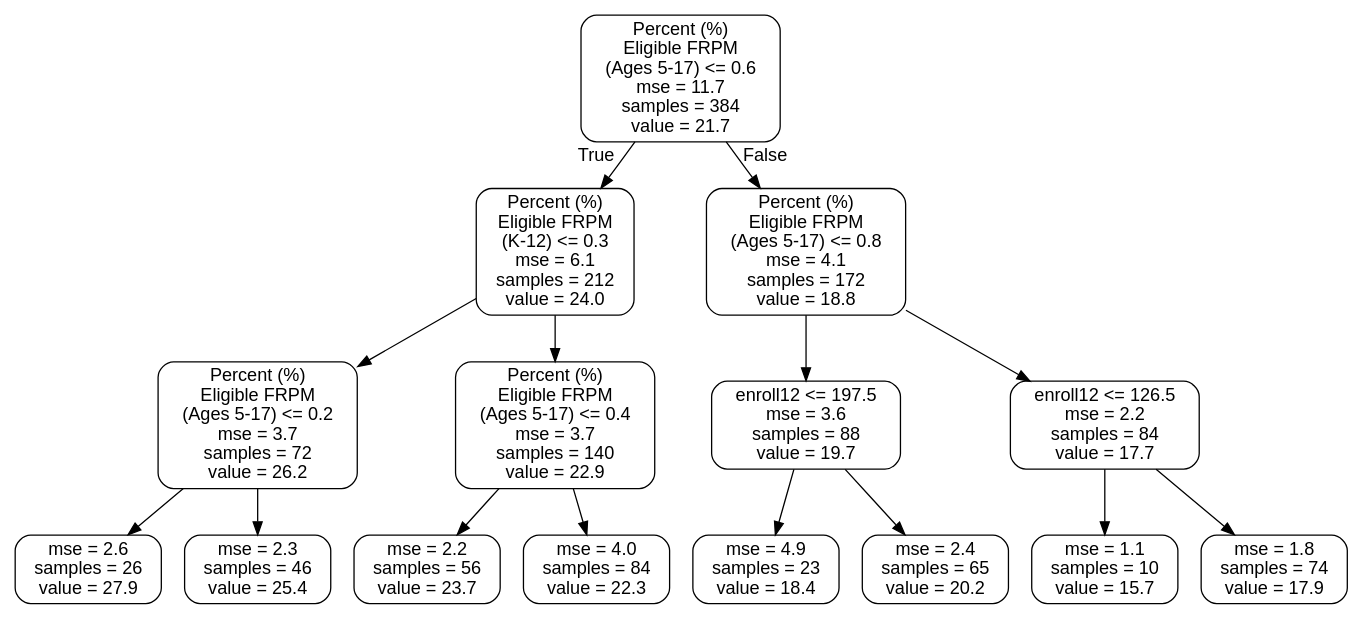
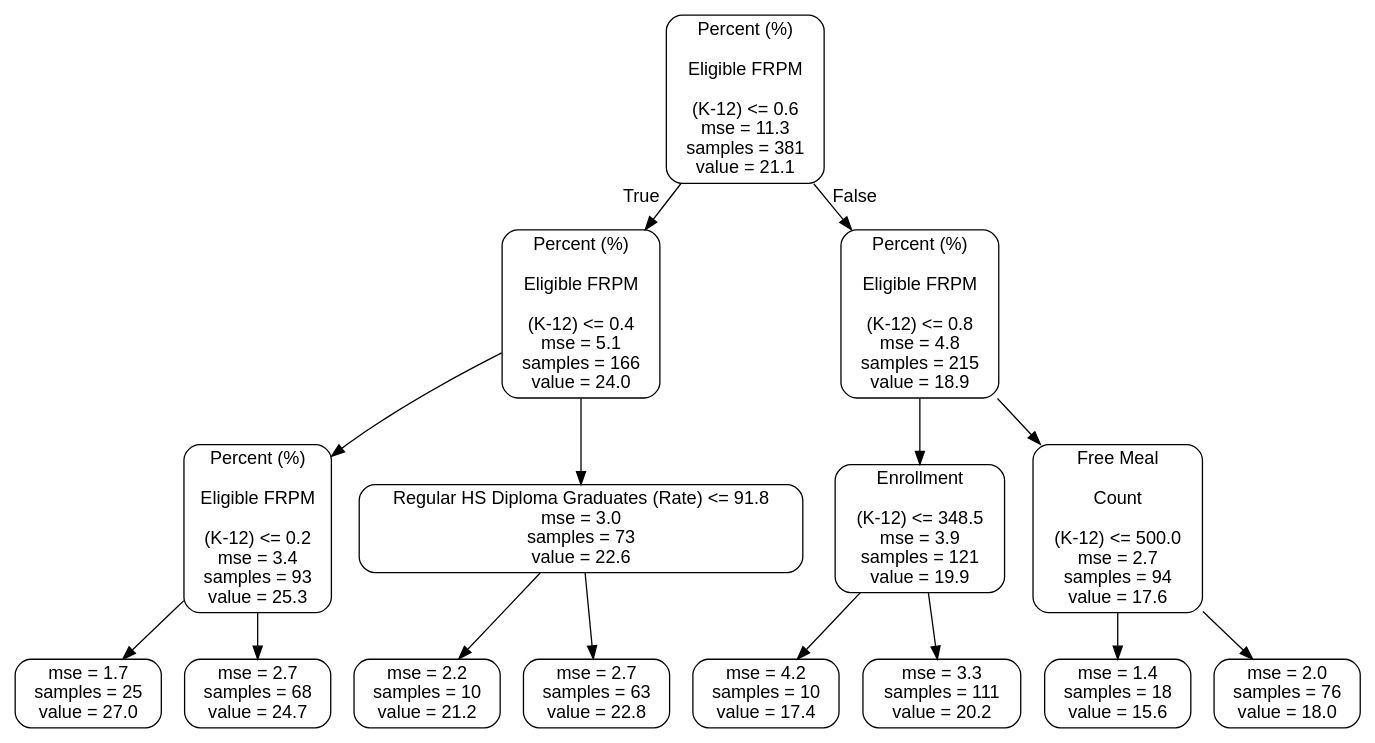
One commit to EricaXia/act_scores changed the diagram in small_tree.dot. Above: the diagram before and after it, drawn with Graphviz. The commit also changed 6 other files, not shown here.

```diff
--- a/small_tree.dot
+++ b/small_tree.dot
@@ -1,43 +1,55 @@
 digraph Tree {
 node [shape=box, style="rounded", color="black", fontname=helvetica] ;
 edge [fontname=helvetica] ;
 0 [label="Percent (%) 
+
 Eligible FRPM 
-(Ages 5-17) <= 0.6\nmse = 11.7\nsamples = 384\nvalue = 21.7"] ;
+
+(K-12) <= 0.6\nmse = 11.3\nsamples = 381\nvalue = 21.1"] ;
 1 [label="Percent (%) 
+
 Eligible FRPM 
-(K-12) <= 0.3\nmse = 6.1\nsamples = 212\nvalue = 24.0"] ;
+
+(K-12) <= 0.4\nmse = 5.1\nsamples = 166\nvalue = 24.0"] ;
 0 -> 1 [labeldistance=2.5, labelangle=45, headlabel="True"] ;
 2 [label="Percent (%) 
+
 Eligible FRPM 
-(Ages 5-17) <= 0.2\nmse = 3.7\nsamples = 72\nvalue = 26.2"] ;
+
+(K-12) <= 0.2\nmse = 3.4\nsamples = 93\nvalue = 25.3"] ;
 1 -> 2 ;
-3 [label="mse = 2.6\nsamples = 26\nvalue = 27.9"] ;
+3 [label="mse = 1.7\nsamples = 25\nvalue = 27.0"] ;
 2 -> 3 ;
-4 [label="mse = 2.3\nsamples = 46\nvalue = 25.4"] ;
+4 [label="mse = 2.7\nsamples = 68\nvalue = 24.7"] ;
 2 -> 4 ;
-5 [label="Percent (%) 
-Eligible FRPM 
-(Ages 5-17) <= 0.4\nmse = 3.7\nsamples = 140\nvalue = 22.9"] ;
+5 [label="Regular HS Diploma Graduates (Rate) <= 91.8\nmse = 3.0\nsamples = 73\nvalue = 22.6"] ;
 1 -> 5 ;
-6 [label="mse = 2.2\nsamples = 56\nvalue = 23.7"] ;
+6 [label="mse = 2.2\nsamples = 10\nvalue = 21.2"] ;
 5 -> 6 ;
-7 [label="mse = 4.0\nsamples = 84\nvalue = 22.3"] ;
+7 [label="mse = 2.7\nsamples = 63\nvalue = 22.8"] ;
 5 -> 7 ;
 8 [label="Percent (%) 
+
 Eligible FRPM 
-(Ages 5-17) <= 0.8\nmse = 4.1\nsamples = 172\nvalue = 18.8"] ;
+
+(K-12) <= 0.8\nmse = 4.8\nsamples = 215\nvalue = 18.9"] ;
 0 -> 8 [labeldistance=2.5, labelangle=-45, headlabel="False"] ;
-9 [label="enroll12 <= 197.5\nmse = 3.6\nsamples = 88\nvalue = 19.7"] ;
+9 [label="Enrollment 
+
+(K-12) <= 348.5\nmse = 3.9\nsamples = 121\nvalue = 19.9"] ;
 8 -> 9 ;
-10 [label="mse = 4.9\nsamples = 23\nvalue = 18.4"] ;
+10 [label="mse = 4.2\nsamples = 10\nvalue = 17.4"] ;
 9 -> 10 ;
-11 [label="mse = 2.4\nsamples = 65\nvalue = 20.2"] ;
+11 [label="mse = 3.3\nsamples = 111\nvalue = 20.2"] ;
 9 -> 11 ;
-12 [label="enroll12 <= 126.5\nmse = 2.2\nsamples = 84\nvalue = 17.7"] ;
+12 [label="Free Meal 
+
+Count 
+
+(K-12) <= 500.0\nmse = 2.7\nsamples = 94\nvalue = 17.6"] ;
 8 -> 12 ;
-13 [label="mse = 1.1\nsamples = 10\nvalue = 15.7"] ;
+13 [label="mse = 1.4\nsamples = 18\nvalue = 15.6"] ;
 12 -> 13 ;
-14 [label="mse = 1.8\nsamples = 74\nvalue = 17.9"] ;
+14 [label="mse = 2.0\nsamples = 76\nvalue = 18.0"] ;
 12 -> 14 ;
 }
```
